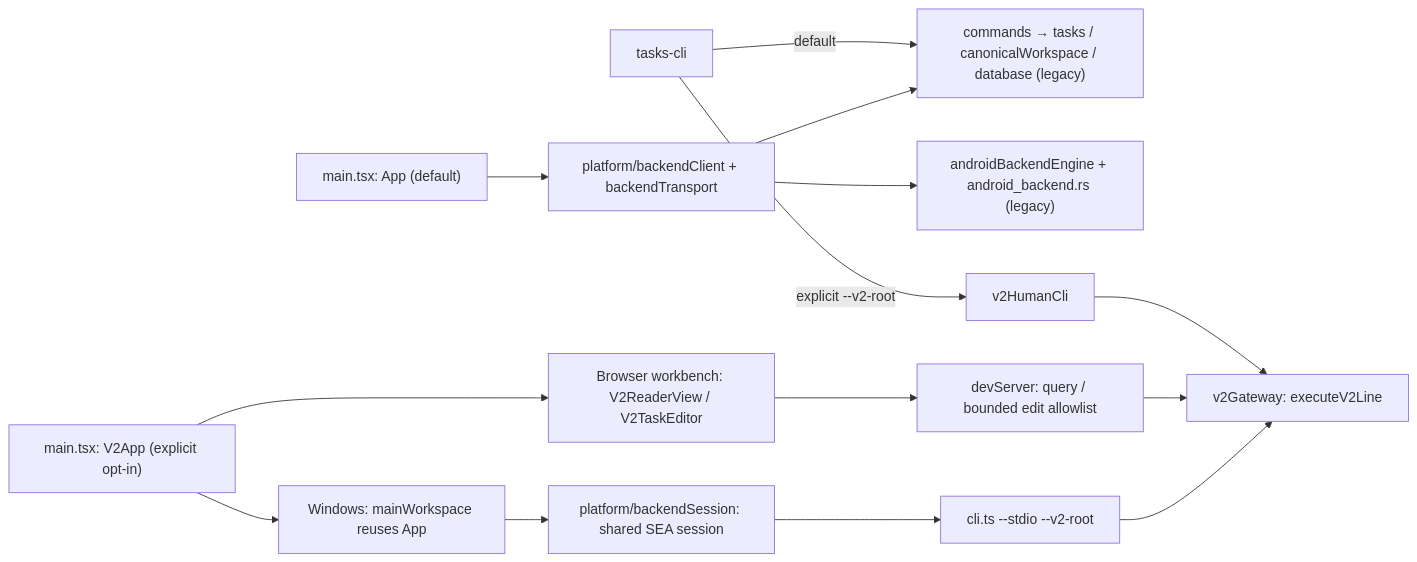
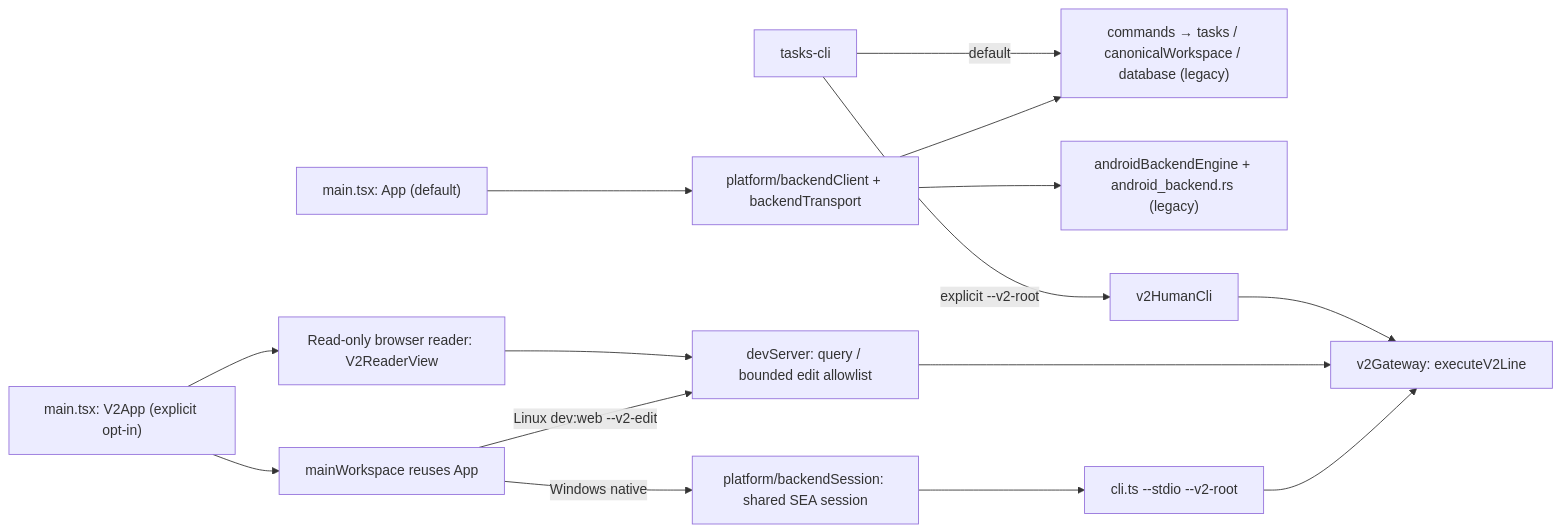
Before and after one commit to Soleone/tasks: the first of 2 diagrams in spec/overview.md, drawn with Mermaid. The commit also changed 21 other files, not shown here.

First line of the commit message:
feat(web): open the established client on the Linux backend

````diff
--- a/spec/overview.md
+++ b/spec/overview.md
@@ -39,16 +39,17 @@
 ```mermaid
 flowchart LR
   UI["main.tsx: App (default)"] --> BC["platform/backendClient + backendTransport"]
   BC --> LEG["commands → tasks / canonicalWorkspace / database (legacy)"]
   BC --> AND["androidBackendEngine + android_backend.rs (legacy)"]
-  SEL["main.tsx: V2App (explicit opt-in)"] --> MW["Windows: mainWorkspace reuses App"]
-  MW --> SESSION["platform/backendSession: shared SEA session"]
+  SEL["main.tsx: V2App (explicit opt-in)"] --> MW["mainWorkspace reuses App"]
+  MW -->|Windows native| SESSION["platform/backendSession: shared SEA session"]
   SESSION --> ENTRY["cli.ts --stdio --v2-root"]
   ENTRY --> GW["v2Gateway: executeV2Line"]
-  SEL --> WB["Browser workbench: V2ReaderView / V2TaskEditor"]
-  WB --> DEV["devServer: query / bounded edit allowlist"]
+  MW -->|Linux dev:web --v2-edit| DEV["devServer: query / bounded edit allowlist"]
+  SEL --> RD["Read-only browser reader: V2ReaderView"]
+  RD --> DEV
   DEV --> GW
   CLI["tasks-cli"] -->|default| LEG
   CLI -->|explicit --v2-root| HUMAN["v2HumanCli"]
   HUMAN --> GW
 ```
````
